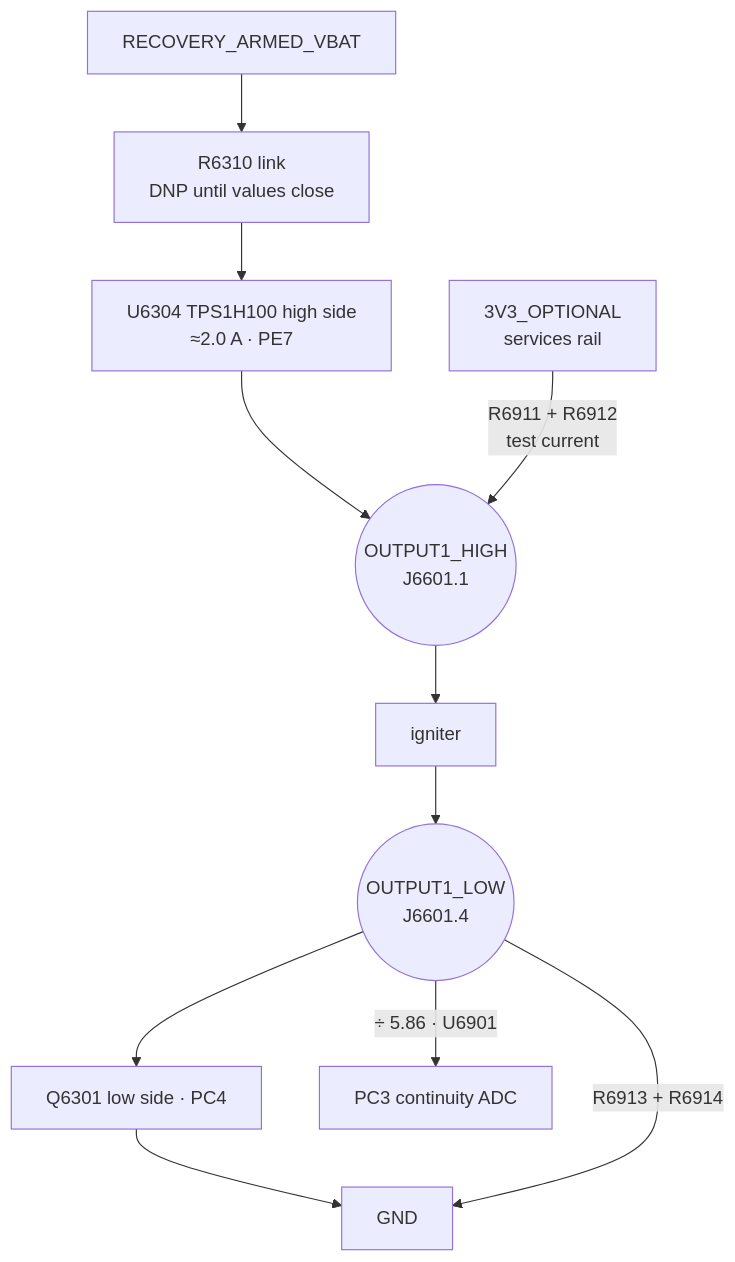
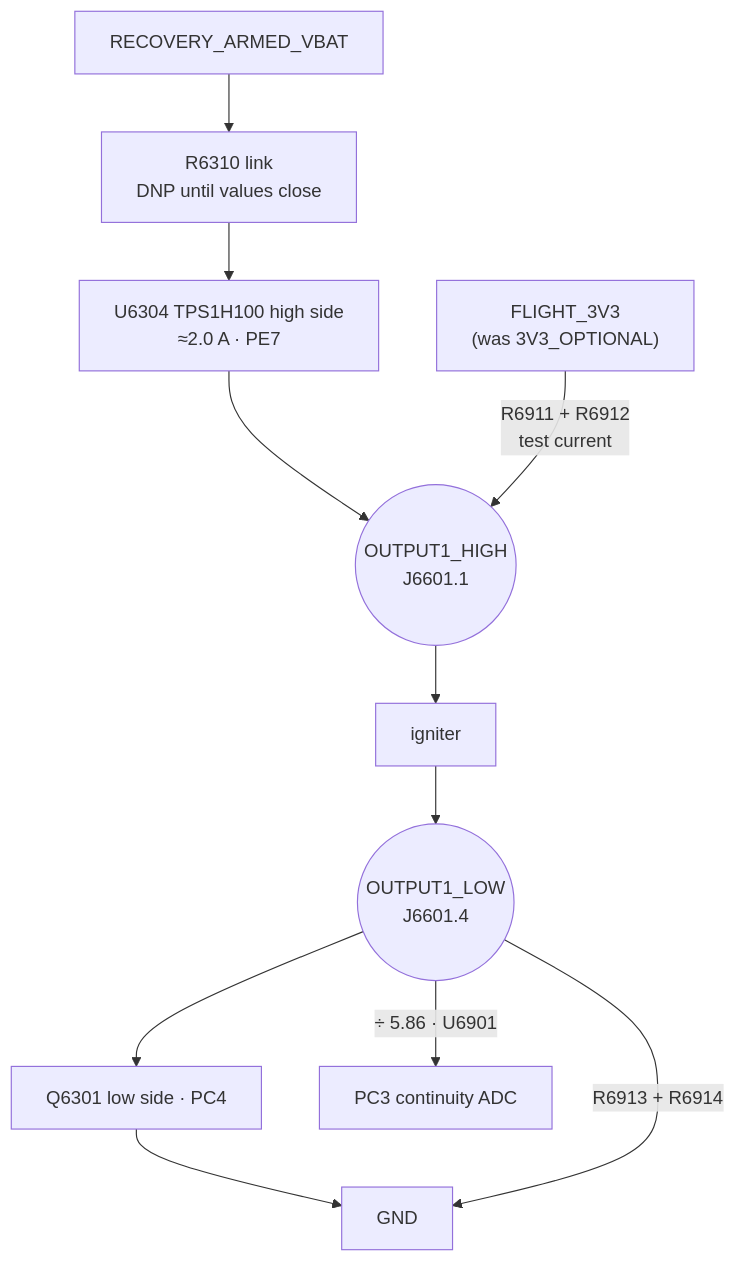
The second of 2 diagrams in docs/architecture/03-energetic-outputs.md (ULAS-HiPR/Ogma2), drawn with Mermaid before and after one commit. The commit also changed other lines of this file and 11 other files, not shown here.

First line of the commit message:
Docs follow the power squash: test points, status, firmware pins, power architecture, contract, log

````diff
--- a/docs/architecture/03-energetic-outputs.md
+++ b/docs/architecture/03-energetic-outputs.md
@@ -39,16 +41,16 @@
 ```mermaid
 flowchart TB
   ARM["RECOVERY_ARMED_VBAT"] --> LINK["R6310 link
 DNP until values close"] --> HS["U6304 TPS1H100 high side
 ≈2.0 A · PE7"]
   HS --> HI(("OUTPUT1_HIGH
 J6601.1"))
-  SVC["3V3_OPTIONAL
-services rail"] -->|"R6911 + R6912
+  SVC["FLIGHT_3V3
+(was 3V3_OPTIONAL)"] -->|"R6911 + R6912
 test current"| HI
   HI --> IGN["igniter"] --> LO(("OUTPUT1_LOW
 J6601.4"))
   LO --> LS["Q6301 low side · PC4"] --> G["GND"]
   LO -->|"R6913 + R6914"| G
   LO -->|"÷ 5.86 · U6901"| ADC["PC3 continuity ADC"]
 ```
````
